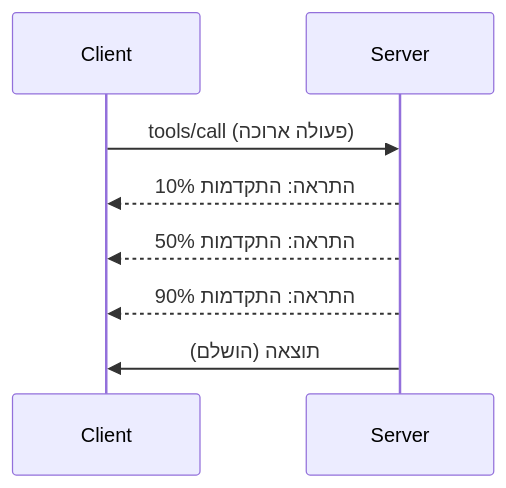
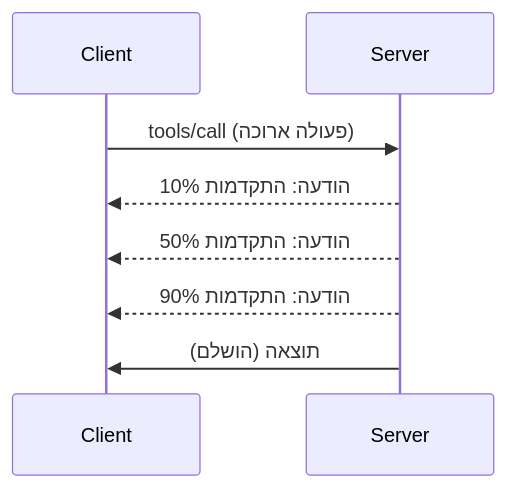
The diagram in mcp_ecosystem__model_context_protocol/mcp_learning_resources/mcp-for-beginners/translations/he/05-AdvancedTopics/mcp-protocol-features/README.md (HIDORAKAI002/ai-workspace-archive), drawn with Mermaid before and after one commit. The commit also changed other lines of this file and 1046 other files, not shown here.

````diff
--- a/mcp_ecosystem__model_context_protocol/mcp_learning_resources/mcp-for-beginners/translations/he/05-AdvancedTopics/mcp-protocol-features/README.md
+++ b/mcp_ecosystem__model_context_protocol/mcp_learning_resources/mcp-for-beginners/translations/he/05-AdvancedTopics/mcp-protocol-features/README.md
@@ -22,11 +24,11 @@
 ```mermaid
 sequenceDiagram
     participant Client
     participant Server
     
     Client->>Server: tools/call (פעולה ארוכה)
-    Server-->>Client: התראה: התקדמות 10%
-    Server-->>Client: התראה: התקדמות 50%
-    Server-->>Client: התראה: התקדמות 90%
+    Server-->>Client: הודעה: התקדמות 10%
+    Server-->>Client: הודעה: התקדמות 50%
+    Server-->>Client: הודעה: התקדמות 90%
     Server->>Client: תוצאה (הושלם)
 ```
````
